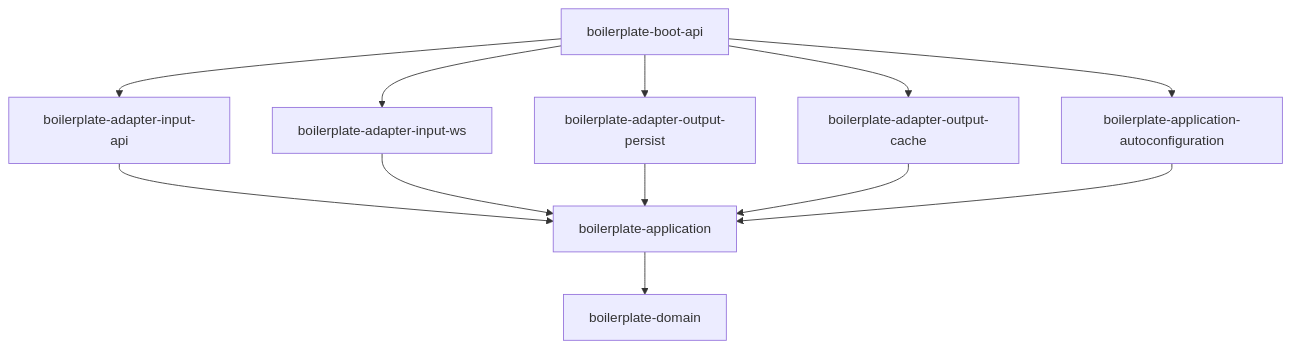
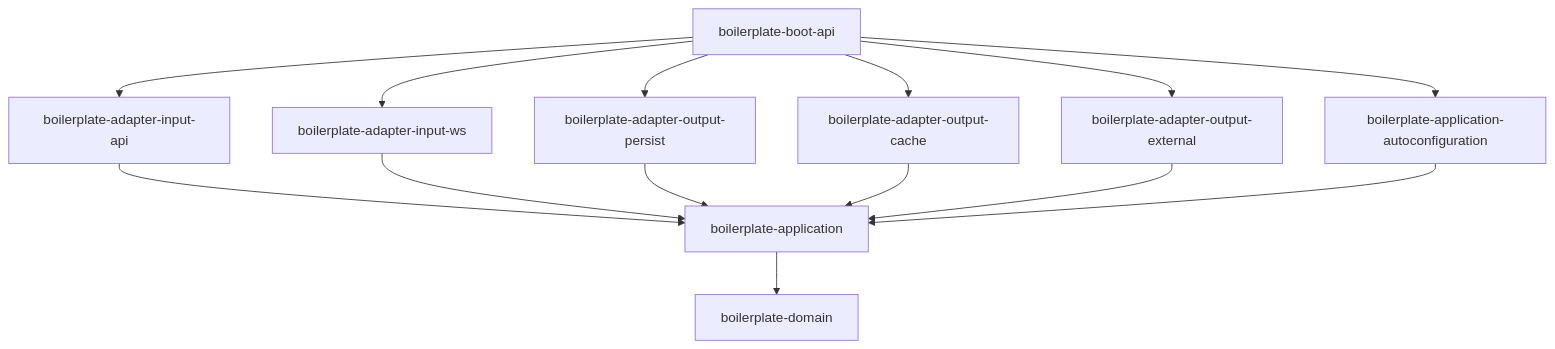
One commit to ppzxc/spring-vibe-boilerplate changed the first of 2 diagrams in README.md. Above: the diagram before and after it, drawn with Mermaid. The commit also changed other lines of this file and 7 other files, not shown here.

````diff
--- a/README.md
+++ b/README.md
@@ -83,23 +84,26 @@
 ```mermaid
 graph TD
     BOOT[boilerplate-boot-api]
     AUTO[boilerplate-application-autoconfiguration]
     API[boilerplate-adapter-input-api]
     WS[boilerplate-adapter-input-ws]
     PERSIST[boilerplate-adapter-output-persist]
     CACHE[boilerplate-adapter-output-cache]
+    EXTERNAL[boilerplate-adapter-output-external]
     APP[boilerplate-application]
     DOMAIN[boilerplate-domain]
 
     BOOT --> AUTO
     BOOT --> API
     BOOT --> WS
     BOOT --> PERSIST
     BOOT --> CACHE
+    BOOT --> EXTERNAL
     API --> APP
     WS --> APP
     PERSIST --> APP
     CACHE --> APP
+    EXTERNAL --> APP
     AUTO --> APP
     APP --> DOMAIN
 ```
````
